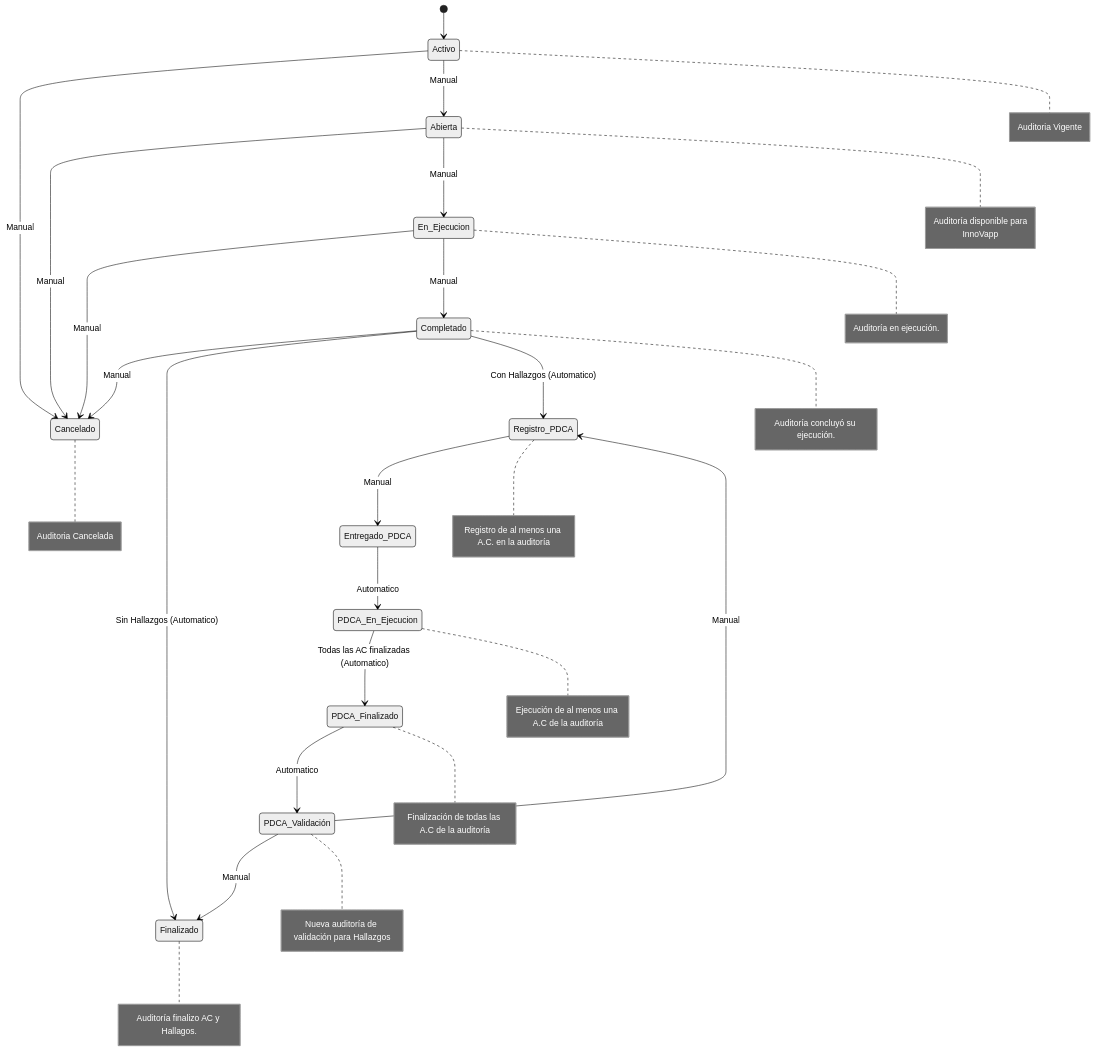
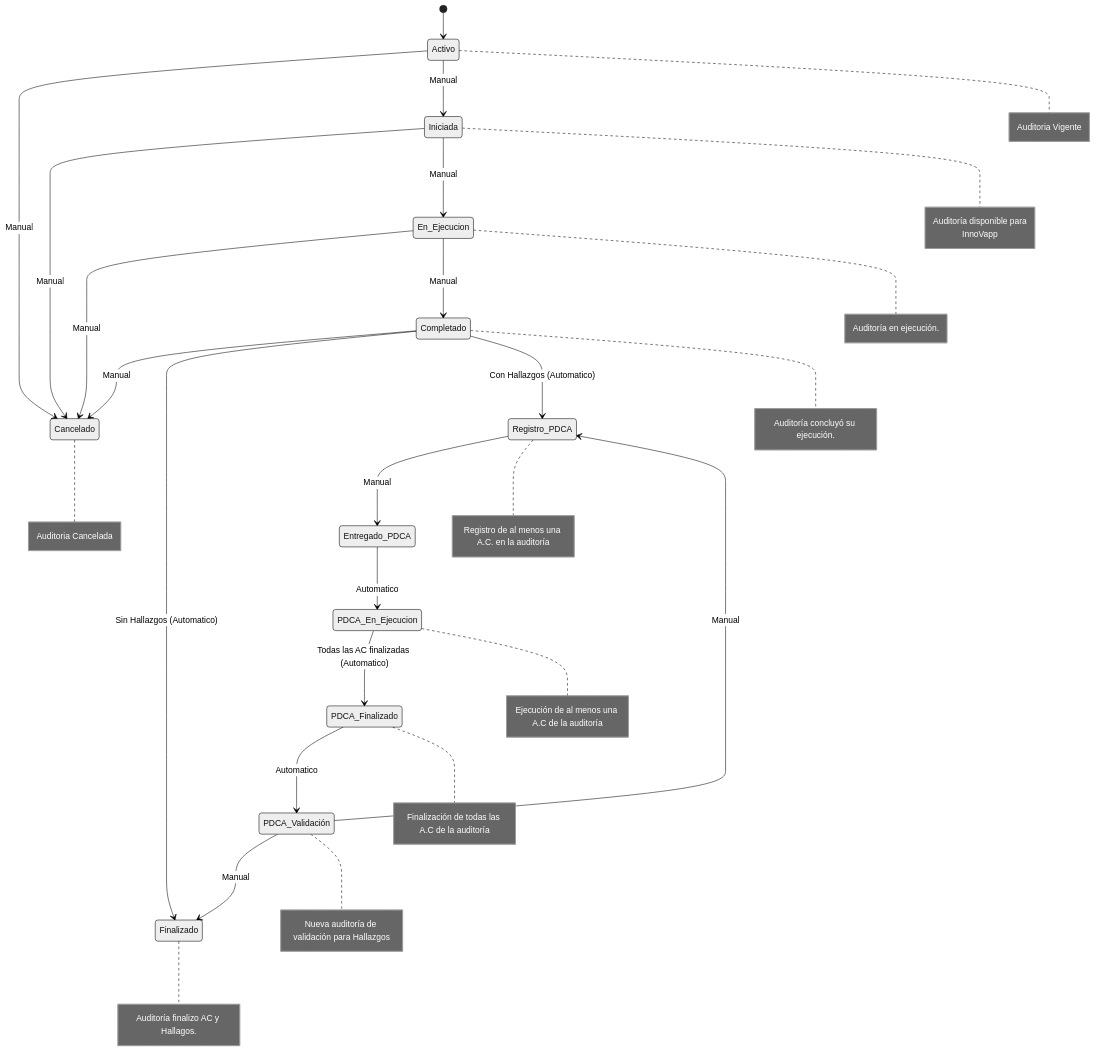
The diagram in docs/Proyectos/Auditorias/documentacion/diagramas/mapa-de-estados.md (solis1408/Business-Suite), drawn with Mermaid (neutral theme) before and after one commit. The commit also changed 1 other file, not shown here.

Commit message:
docs(auditorias): renombra estado Abierta a Iniciada y actualiza RF de requerimiento funcional
Ajusta el mapa de estados y el índice/detalle de requerimientos: renombra el estado
Abierta a Iniciada, agrega columna Plataforma al índice de RF, agrega RF-31 (firma
digital InnoVapp) y RF-32 (alcance funcional InnoVapp), y ajusta el grid principal
del monitor consolidado de 15 a 14 columnas.

```diff
--- a/docs/Proyectos/Auditorias/documentacion/diagramas/mapa-de-estados.md
+++ b/docs/Proyectos/Auditorias/documentacion/diagramas/mapa-de-estados.md
@@ -10,12 +10,12 @@
 [*] --> Activo
 
 Activo --> Cancelado : Manual
-Abierta --> Cancelado : Manual
+Iniciada --> Cancelado : Manual
 En_Ejecucion --> Cancelado : Manual
 Completado --> Cancelado : Manual
 
-Activo --> Abierta : Manual
-Abierta --> En_Ejecucion : Manual
+Activo --> Iniciada : Manual
+Iniciada --> En_Ejecucion : Manual
 
 En_Ejecucion --> Completado : Manual
 
@@ -48,8 +48,8 @@
     Auditoria Cancelada
 end note
 
-state Abierta
-note right of Abierta
+state Iniciada
+note right of Iniciada
     Auditoría disponible para
     InnoVapp
 end note
```
